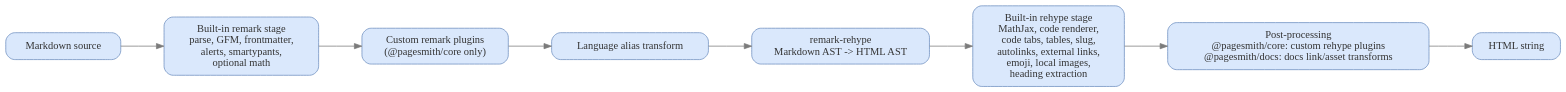
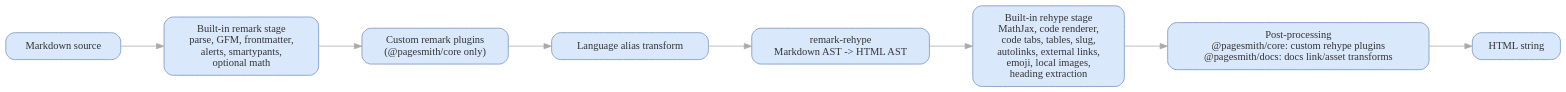
The diagram in docs-site/content/guide/markdown-features/diagrams/markdown-pipeline-overview.dot (sujeet-pro/pagesmith), drawn with Graphviz before and after one commit. The commit also changed 373 other files, not shown here.

```diff
--- a/docs-site/content/guide/markdown-features/diagrams/markdown-pipeline-overview.dot
+++ b/docs-site/content/guide/markdown-features/diagrams/markdown-pipeline-overview.dot
@@ -1,19 +1,19 @@
 // Diagram: Markdown pipeline overview
 // Type: graphviz
 digraph MarkdownPipelineOverview {
   bgcolor="transparent"
   graph [rankdir=LR, nodesep=0.5, ranksep=0.8, pad=0.2]
   node [shape=box, style="rounded,filled", fillcolor="#dae8fc", color="#6c8ebf", fontcolor="#333333", margin="0.18,0.12"]
-  edge [fontsize=10, color="#7B7B7B"]
+  edge [fontsize=10, color="#AAAAAA", fontcolor="#333333"]
 
   source [label="Markdown source"]
   remark [label="Built-in remark stage\nparse, GFM, frontmatter,\nalerts, smartypants,\noptional math"]
   userRemark [label="Custom remark plugins\n(@pagesmith/core only)"]
   alias [label="Language alias transform"]
   bridge [label="remark-rehype\nMarkdown AST -> HTML AST"]
   rehype [label="Built-in rehype stage\nMathJax, code renderer,\ncode tabs, tables, slug,\nautolinks, external links,\nemoji, local images,\nheading extraction"]
   post [label="Post-processing\n@pagesmith/core: custom rehype plugins\n@pagesmith/docs: docs link/asset transforms"]
   output [label="HTML string"]
 
   source -> remark -> userRemark -> alias -> bridge -> rehype -> post -> output
 }
```
